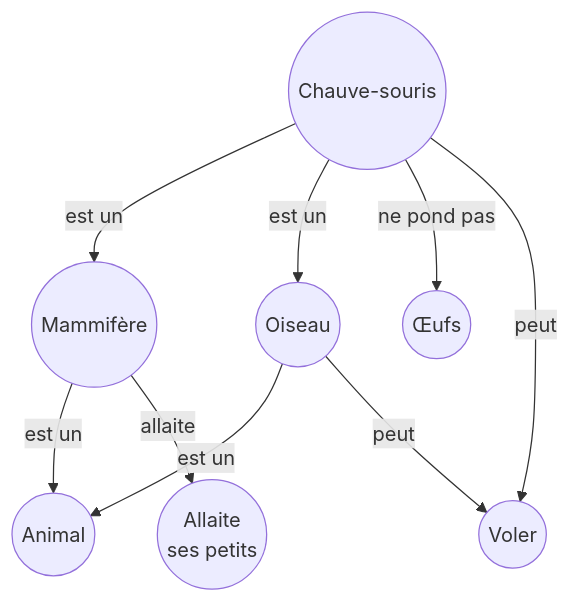
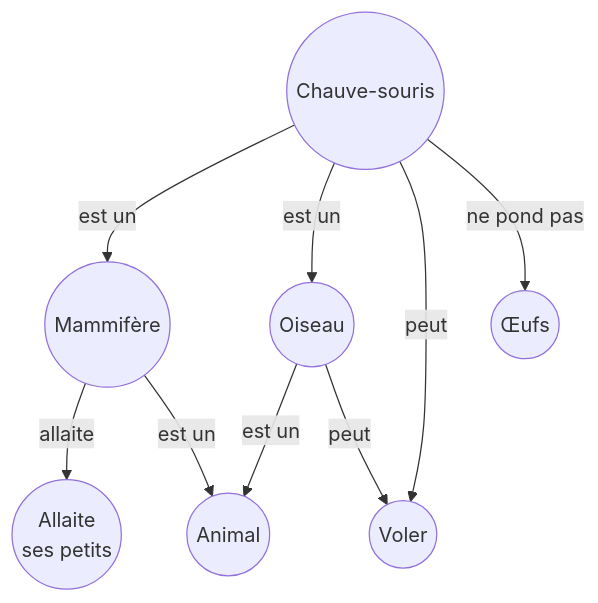
One commit to moad-cher/TPs-Ingenierie-des-Connaissances- changed the first of 3 diagrams in TD-réseaux_semantiques/TD-CHERGUI-Moad.md. Above: the diagram before and after it, drawn with Mermaid. The commit also changed other lines of this file, not shown here.

````diff
--- a/TD-réseaux_semantiques/TD-CHERGUI-Moad.md
+++ b/TD-réseaux_semantiques/TD-CHERGUI-Moad.md
@@ -11,19 +24,19 @@
     ```mermaid
     graph
         Animal((Animal))
         Oiseau((Oiseau))
         Mammifere((Mammifère))
         ChauveSouris((Chauve-souris))
         Oeufs((Œufs))
         Voler((Voler))
         Allaiter((Allaite <br>ses petits))
 
         Oiseau -->|est un| Animal
         Oiseau -->|peut| Voler
+        Mammifere -->|allaite| Allaiter
         Mammifere -->|est un| Animal
-        Mammifere -->|allaite| Allaiter
         ChauveSouris -->|est un| Mammifere
         ChauveSouris -->|est un| Oiseau
+        ChauveSouris -->|peut| Voler
         ChauveSouris -->|ne pond pas| Oeufs
-        ChauveSouris -->|peut| Voler
     ```
````
